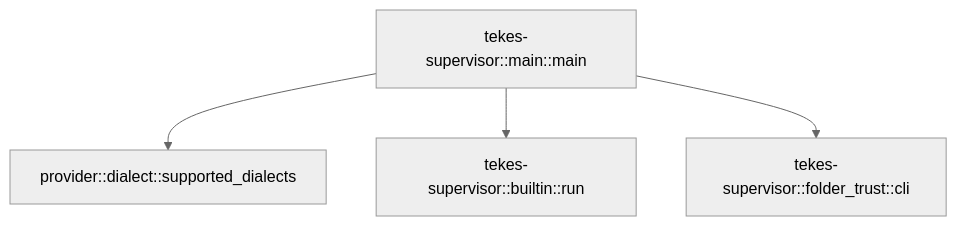
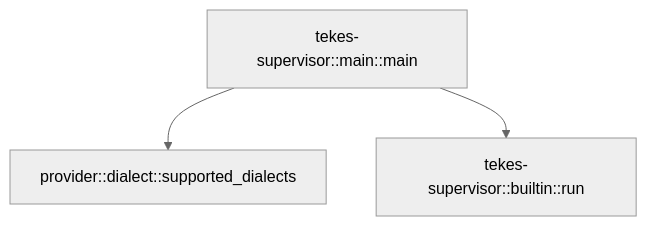
One commit to TekesApps/TekesKernel changed the diagram in crates/supervisor/docs/generated/src--main.md. Above: the diagram before and after it, drawn with Mermaid (neutral theme). The commit also changed other lines of this file and 278 other files, not shown here.

````diff
--- a/crates/supervisor/docs/generated/src--main.md
+++ b/crates/supervisor/docs/generated/src--main.md
@@ -32,10 +32,8 @@
 ```mermaid
 flowchart TD
   n0["provider::dialect::supported_dialects"]
   n1["tekes-supervisor::builtin::run"]
-  n2["tekes-supervisor::folder_trust::cli"]
-  n3["tekes-supervisor::main::main"]
-  n3 --> n0
-  n3 --> n1
-  n3 --> n2
+  n2["tekes-supervisor::main::main"]
+  n2 --> n0
+  n2 --> n1
 ```
````
